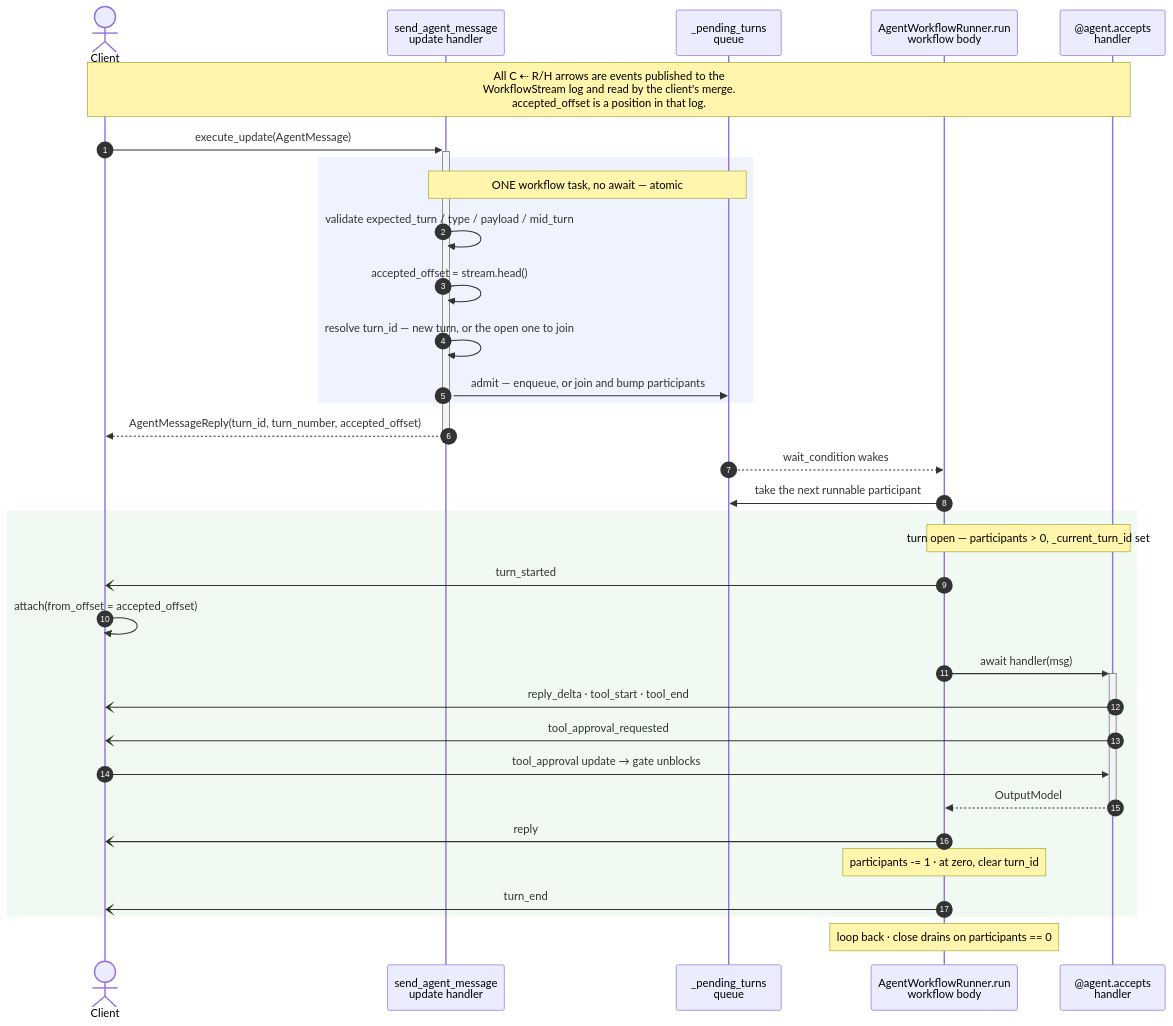
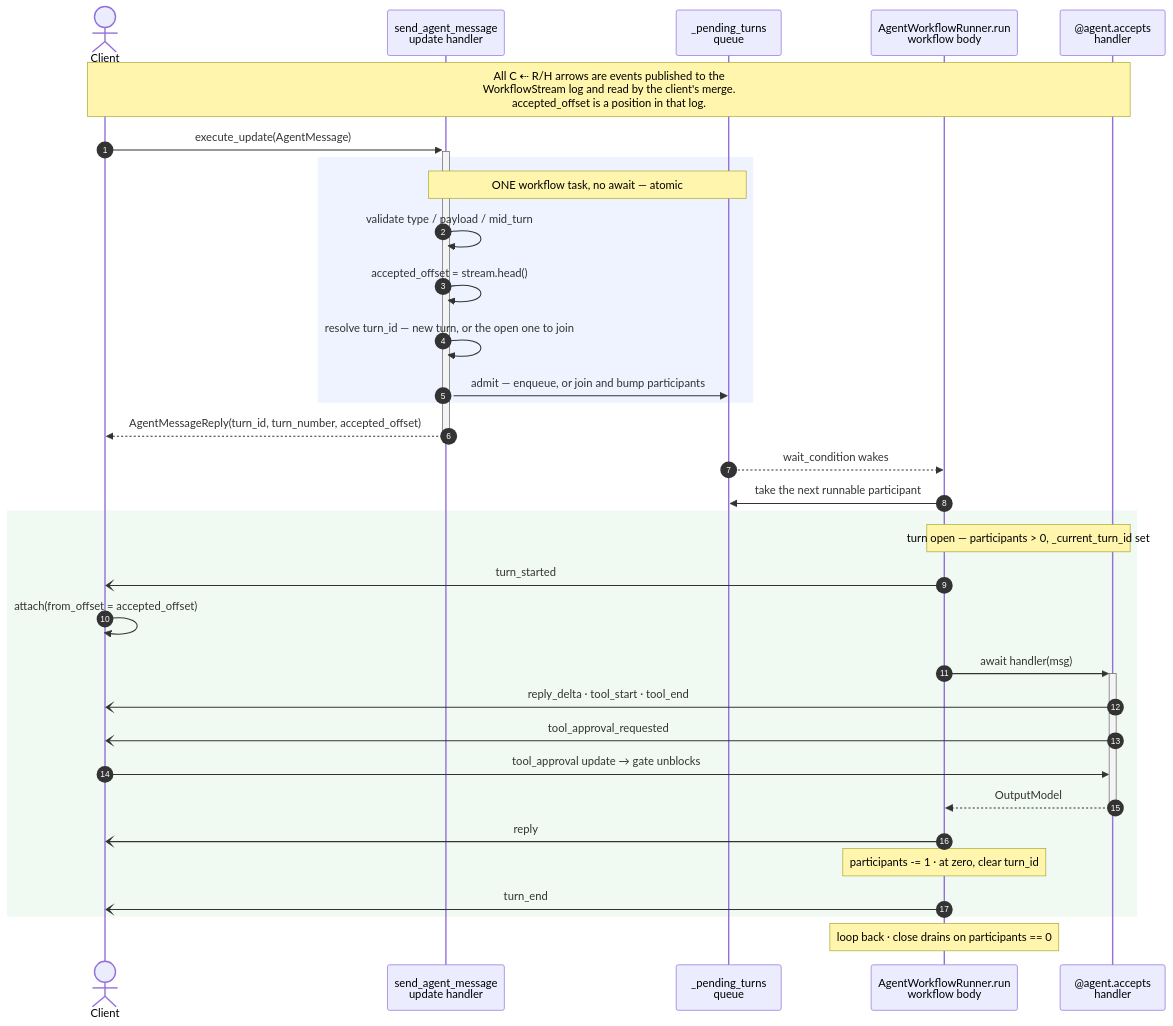
Before and after one commit to temporal-community/temporal-agent-harness: the third of 3 diagrams in docs/design/unified-message-dispatch.md, drawn with Mermaid. The commit also changed other lines of this file and 31 other files, not shown here.

First line of the commit message:
Remove expected_turn from the message protocol

````diff
--- a/docs/design/unified-message-dispatch.md
+++ b/docs/design/unified-message-dispatch.md
@@ -370,44 +370,44 @@
 ```mermaid
 sequenceDiagram
     autonumber
     actor C as Client
     participant U as send_agent_message<br/>update handler
     participant Q as _pending_turns<br/>queue
     participant R as AgentWorkflowRunner.run<br/>workflow body
     participant H as @agent.accepts<br/>handler
 
     Note over C,H: All C ⇠ R/H arrows are events published to the<br/>WorkflowStream log and read by the client's merge.<br/>accepted_offset is a position in that log.
 
     C->>+U: execute_update(AgentMessage)
 
     rect rgb(238, 243, 255)
         Note over U,Q: ONE workflow task, no await — atomic
-        U->>U: validate expected_turn / type / payload / mid_turn
+        U->>U: validate type / payload / mid_turn
         U->>U: accepted_offset = stream.head()
         U->>U: resolve turn_id — new turn, or the open one to join
         U->>Q: admit — enqueue, or join and bump participants
     end
 
     U-->>-C: AgentMessageReply(turn_id, turn_number, accepted_offset)
 
     Q-->>R: wait_condition wakes
     R->>Q: take the next runnable participant
 
     rect rgb(240, 250, 242)
         Note over R,H: turn open — participants > 0, _current_turn_id set
         R-)C: turn_started
         C->>C: attach(from_offset = accepted_offset)
 
         R->>+H: await handler(msg)
         H-)C: reply_delta · tool_start · tool_end
         H-)C: tool_approval_requested
         C->>H: tool_approval update → gate unblocks
         H-->>-R: OutputModel
 
         R-)C: reply
         Note over R: participants -= 1 · at zero, clear turn_id
         R-)C: turn_end
     end
 
     Note over R: loop back · close drains on participants == 0
 ```
````
